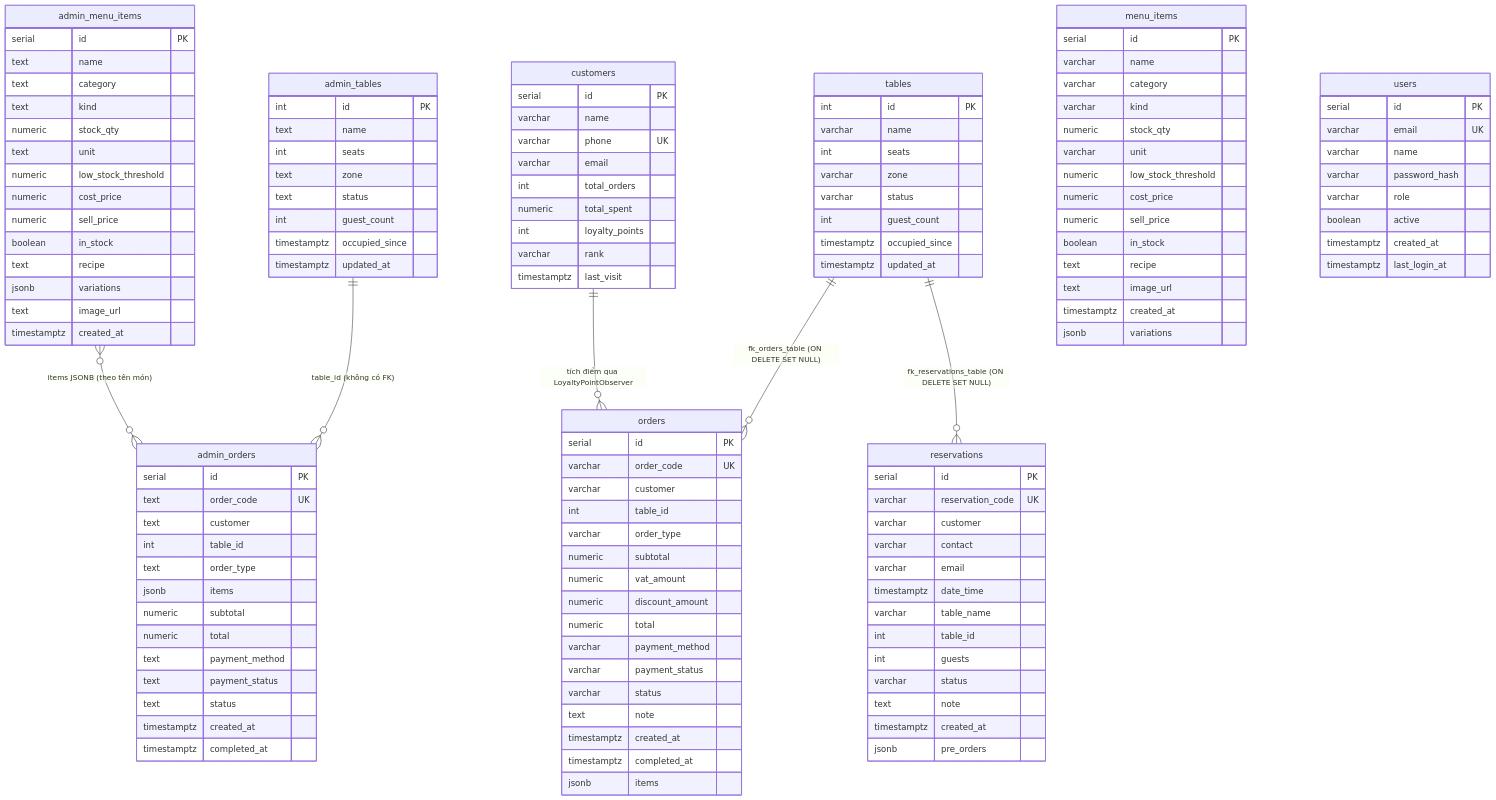
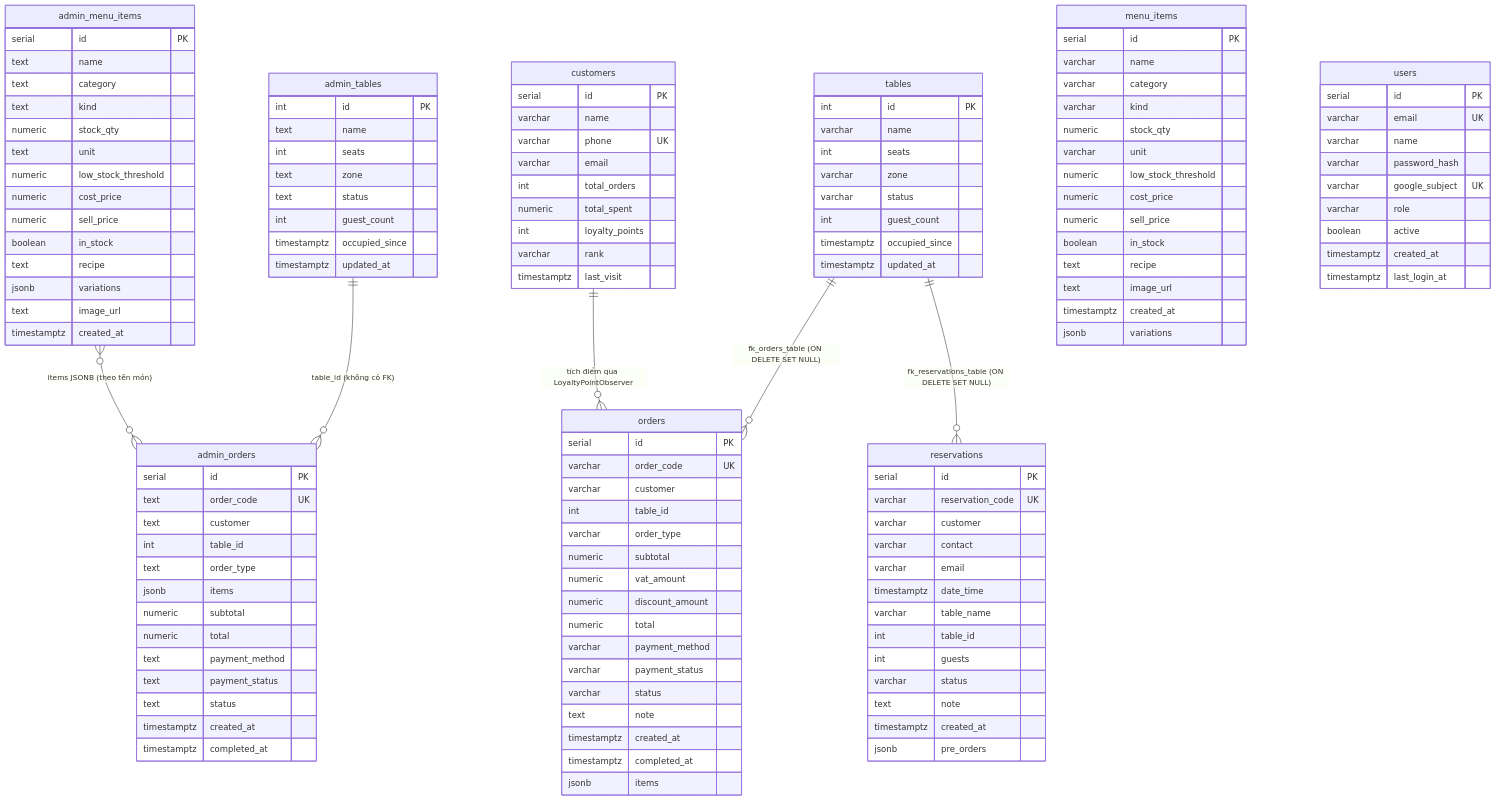
Before and after one commit to HubertPhung/WebQuanLyQuanCafe-DesignPatterns: the diagram in docs/DATABASE.md, drawn with Mermaid. The commit also changed other lines of this file and 6 other files, not shown here.

```diff
--- a/docs/DATABASE.md
+++ b/docs/DATABASE.md
@@ -139,6 +139,7 @@
         varchar email UK
         varchar name
         varchar password_hash
+        varchar google_subject UK
         varchar role
         boolean active
         timestamptz created_at
```
